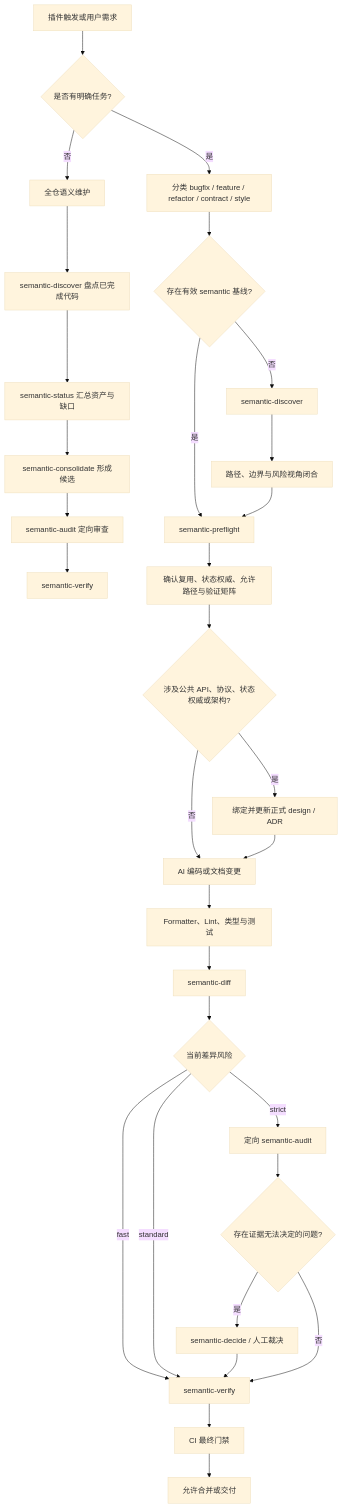
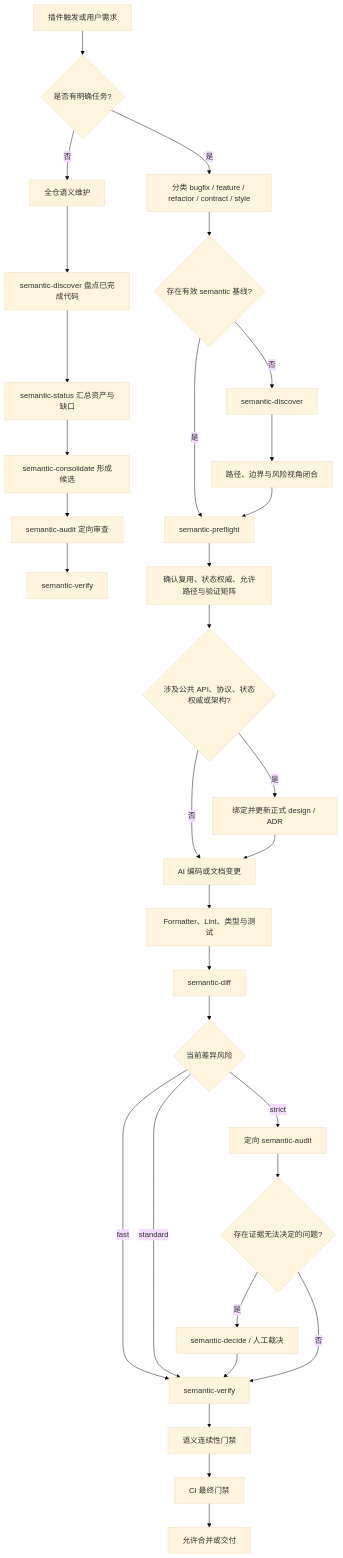
One commit to EchoYue-lp/echo-semantic changed the second of 11 diagrams in docs/supreme/specs/plugin-architecture/design.md. Above: the diagram before and after it, drawn with Mermaid (base theme). The commit also changed other lines of this file and 39 other files, not shown here.

````diff
--- a/docs/supreme/specs/plugin-architecture/design.md
+++ b/docs/supreme/specs/plugin-architecture/design.md
@@ -185,33 +196,34 @@
 ```mermaid
 flowchart TD
   Request[插件触发或用户需求] --> Scope{是否有明确任务?}
   Scope -- 否 --> Maintenance[全仓语义维护]
   Scope -- 是 --> Classify[分类 bugfix / feature / refactor / contract / style]
   Maintenance --> DiscoverAll[semantic-discover 盘点已完成代码]
   DiscoverAll --> StatusAll[semantic-status 汇总资产与缺口]
   StatusAll --> ConsolidateAll[semantic-consolidate 形成候选]
   ConsolidateAll --> AuditAll[semantic-audit 定向审查]
   AuditAll --> VerifyAll[semantic-verify]
   Classify --> Baseline{存在有效 semantic 基线?}
   Baseline -- 否 --> Discover[semantic-discover]
   Discover --> BaselineReady[路径、边界与风险视角闭合]
   Baseline -- 是 --> Preflight
   BaselineReady --> Preflight[semantic-preflight]
   Preflight --> Reuse[确认复用、状态权威、允许路径与验证矩阵]
   Reuse --> Architecture{涉及公共 API、协议、状态权威或架构?}
   Architecture -- 是 --> Authority[绑定并更新正式 design / ADR]
   Architecture -- 否 --> Coding[AI 编码或文档变更]
   Authority --> Coding
   Coding --> Engineering[Formatter、Lint、类型与测试]
   Engineering --> Diff[semantic-diff]
   Diff --> Risk{当前差异风险}
   Risk -- fast --> Verify[semantic-verify]
   Risk -- standard --> Verify
   Risk -- strict --> Audit[定向 semantic-audit]
   Audit --> Decision{存在证据无法决定的问题?}
   Decision -- 是 --> Human[semantic-decide / 人工裁决]
   Human --> Verify
   Decision -- 否 --> Verify
-  Verify --> CI[CI 最终门禁]
+  Verify --> Continuity[语义连续性门禁]
+  Continuity --> CI[CI 最终门禁]
   CI --> Done[允许合并或交付]
 ```
````
